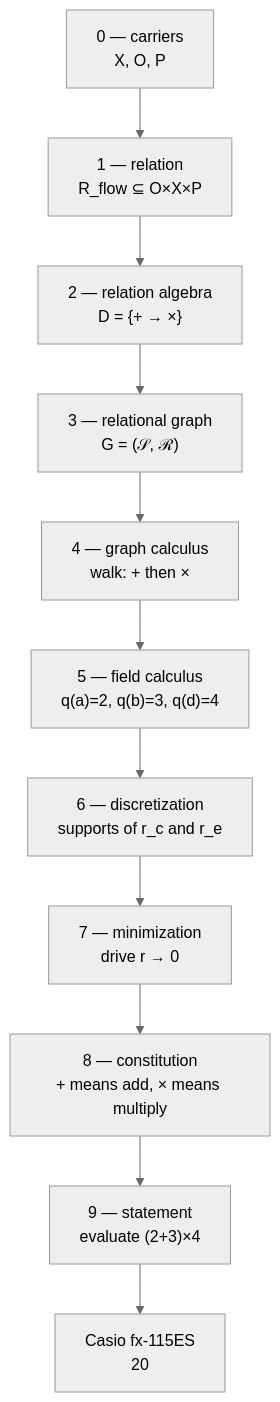
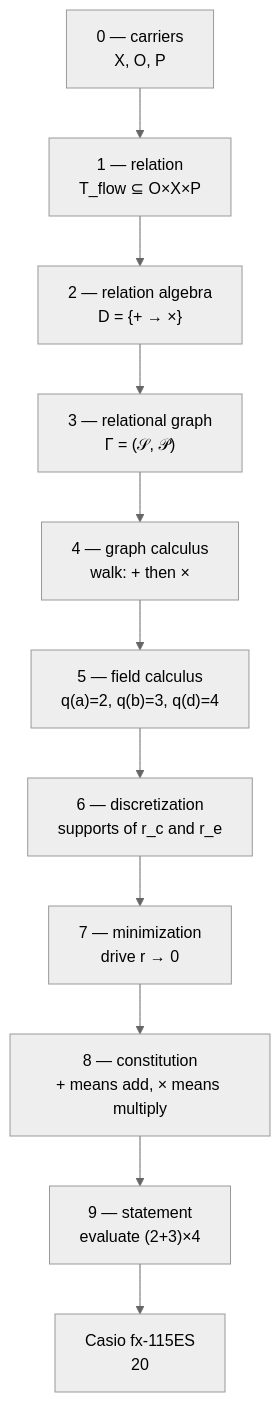
Before and after one commit to komahanb/unstructured-finite-volume: diagram 13 of 14 in test/calculator-tower/README.md, drawn with Mermaid (neutral theme). The commit also changed other lines of this file and 62 other files, not shown here.

````diff
--- a/test/calculator-tower/README.md
+++ b/test/calculator-tower/README.md
@@ -798,16 +798,16 @@
 ```mermaid
 flowchart TB
     L0["0 — carriers<br/>X, O, P"]
-    L1["1 — relation<br/>R_flow ⊆ O×X×P"]
+    L1["1 — relation<br/>T_flow ⊆ O×X×P"]
     L2["2 — relation algebra<br/>D = {+ → ×}"]
-    L3["3 — relational graph<br/>G = (𝒮, ℛ)"]
+    L3["3 — relational graph<br/>Γ = (𝒮, 𝒫)"]
     L4["4 — graph calculus<br/>walk: + then ×"]
     L5["5 — field calculus<br/>q(a)=2, q(b)=3, q(d)=4"]
     L6["6 — discretization<br/>supports of r_c and r_e"]
     L7["7 — minimization<br/>drive r → 0"]
     L8["8 — constitution<br/>+ means add, × means multiply"]
     L9["9 — statement<br/>evaluate (2+3)×4"]
     C["Casio fx-115ES<br/>20"]
 
     L0 --> L1 --> L2 --> L3 --> L4 --> L5 --> L6 --> L7 --> L8 --> L9 --> C
 ```
````
